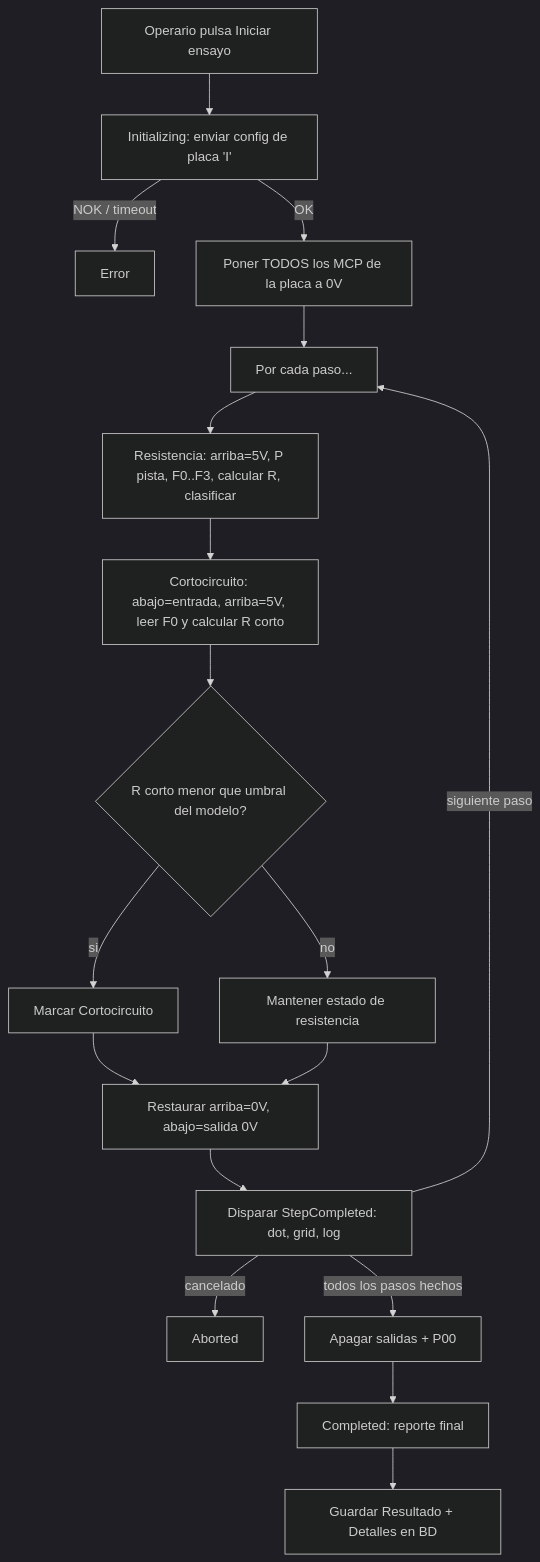
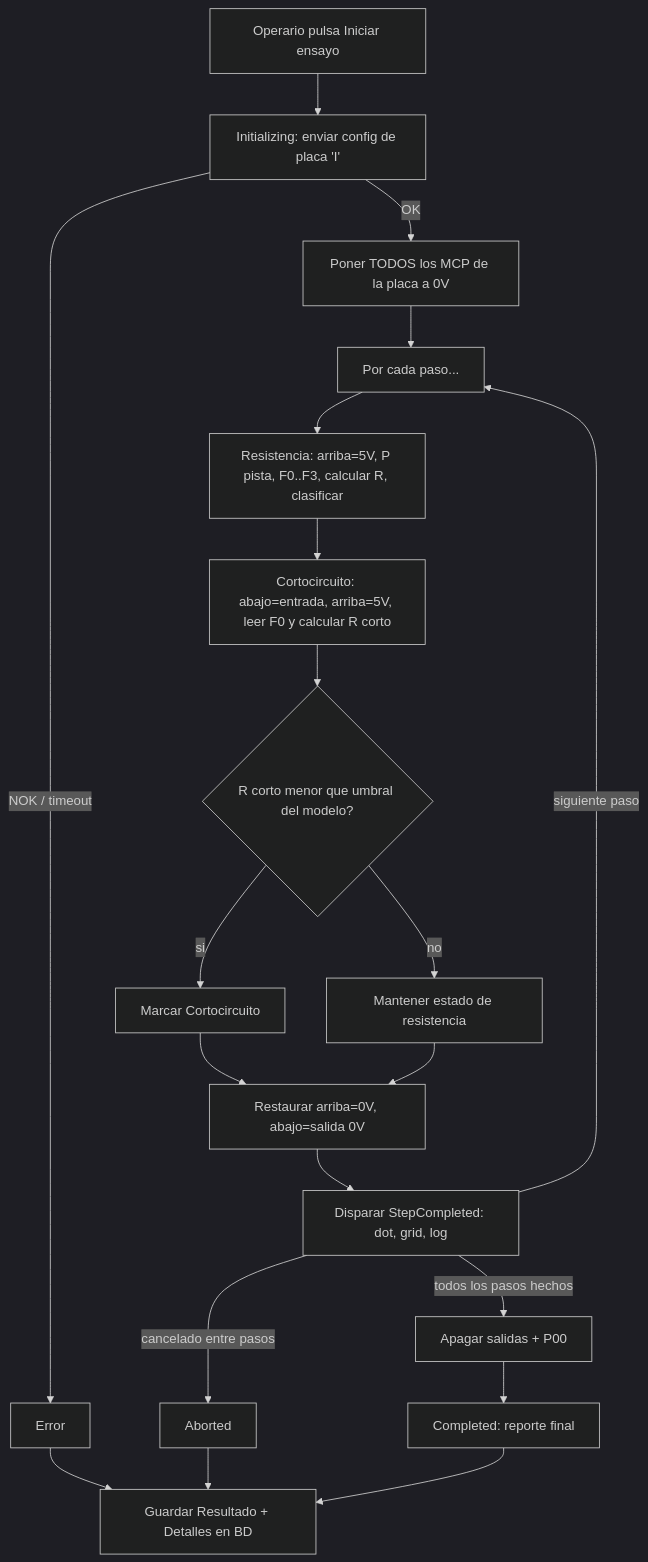
One commit to EuLantec/PC7866 changed the diagram in GUIA_MODO_AUTOMATICO.md. Above: the diagram before and after it, drawn with Mermaid (dark theme). The commit also changed other lines of this file and 4 other files, not shown here.

````diff
--- a/GUIA_MODO_AUTOMATICO.md
+++ b/GUIA_MODO_AUTOMATICO.md
@@ -149,20 +154,22 @@
 ```mermaid
 flowchart TD
     A[Operario pulsa Iniciar ensayo] --> B[Initializing: enviar config de placa 'I']
     B -->|NOK / timeout| E[Error]
     B -->|OK| INIT[Poner TODOS los MCP de la placa a 0V]
     INIT --> P0[Por cada paso...]
     P0 --> R1[Resistencia: arriba=5V, P pista, F0..F3, calcular R, clasificar]
     R1 --> C1[Cortocircuito: abajo=entrada, arriba=5V, leer F0 y calcular R corto]
     C1 --> C2{R corto menor que umbral del modelo?}
     C2 -->|si| CORTO[Marcar Cortocircuito]
     C2 -->|no| KEEP[Mantener estado de resistencia]
     CORTO --> RESTORE[Restaurar arriba=0V, abajo=salida 0V]
     KEEP --> RESTORE
     RESTORE --> UI[Disparar StepCompleted: dot, grid, log]
     UI -->|siguiente paso| P0
-    UI -->|cancelado| X[Aborted]
+    UI -->|cancelado entre pasos| X[Aborted]
     UI -->|todos los pasos hechos| D[Apagar salidas + P00]
     D --> F[Completed: reporte final]
     F --> G[Guardar Resultado + Detalles en BD]
+    E --> G
+    X --> G
 ```
````
